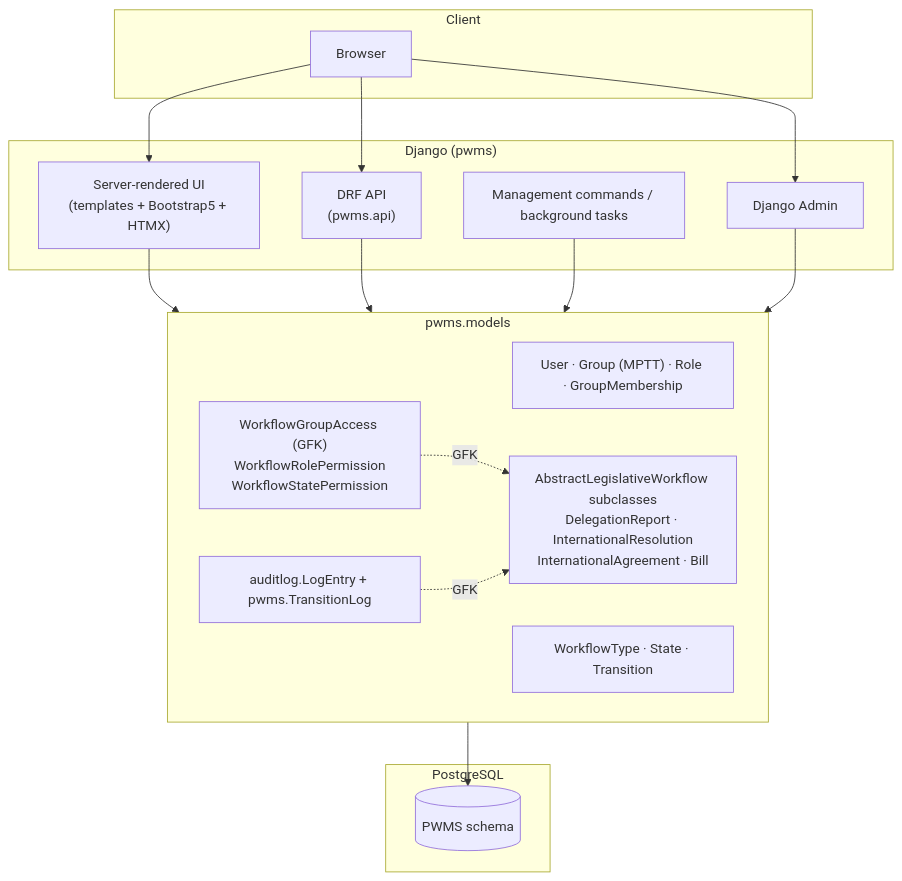
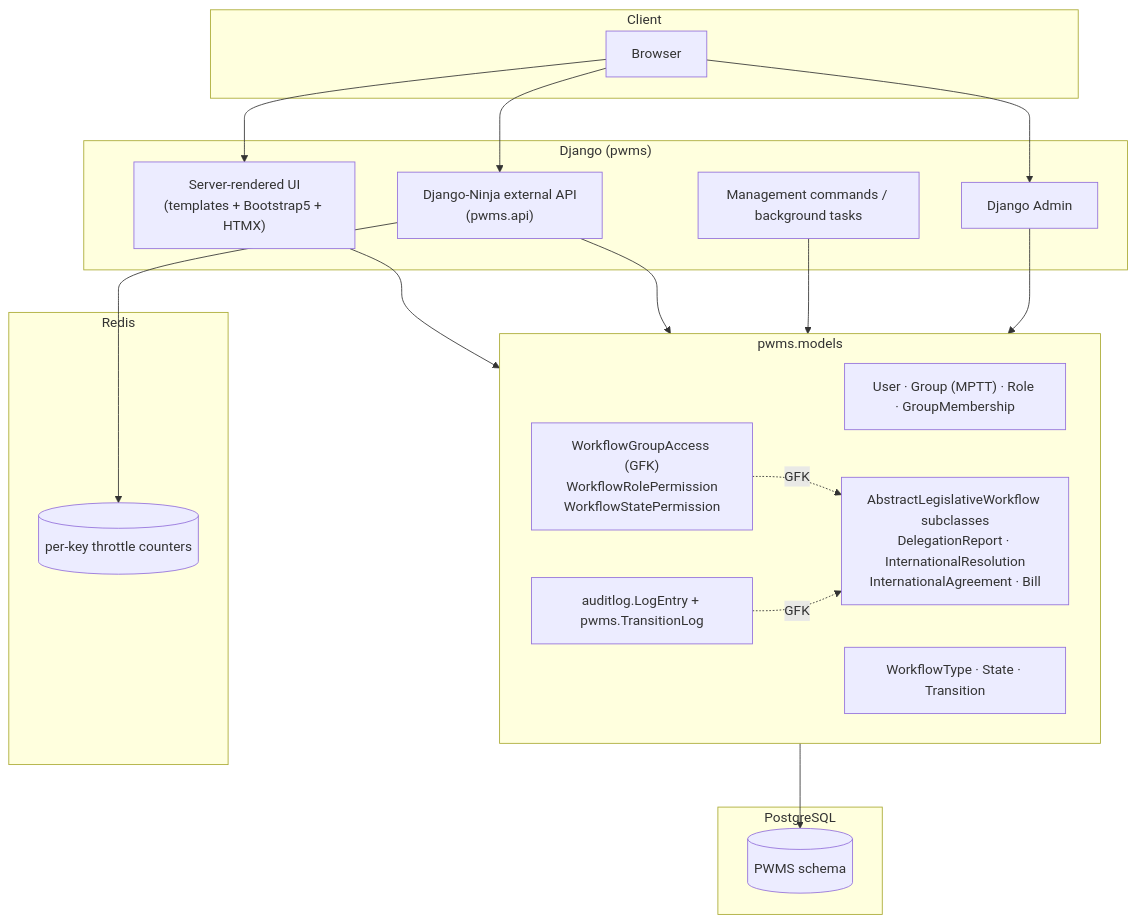
One commit to gelie/pwms_project changed the first of 4 diagrams in src/pwms/docs/System Design.md. Above: the diagram before and after it, drawn with Mermaid. The commit also changed other lines of this file and 47 other files, not shown here.

First line of the commit message:
Replace DRF API with scoped Django-Ninja partner API

````diff
--- a/src/pwms/docs/System Design.md
+++ b/src/pwms/docs/System Design.md
@@ -17,38 +17,43 @@
 ```mermaid
 flowchart TB
     subgraph Client
         Browser
     end
 
     subgraph Django["Django (pwms)"]
         Web["Server-rendered UI<br/>(templates + Bootstrap5 + HTMX)"]
         Admin["Django Admin"]
-        API["DRF API<br/>(pwms.api)"]
+        API["Django-Ninja external API<br/>(pwms.api)"]
         Commands["Management commands / background tasks"]
     end
 
     subgraph Core["pwms.models"]
         Identity["User · Group (MPTT) · Role · GroupMembership"]
         Engine["WorkflowType · State · Transition"]
         Instances["AbstractLegislativeWorkflow subclasses<br/>DelegationReport · InternationalResolution<br/>InternationalAgreement · Bill"]
         Rbac["WorkflowGroupAccess (GFK)<br/>WorkflowRolePermission<br/>WorkflowStatePermission"]
         AuditCore["auditlog.LogEntry + pwms.TransitionLog"]
     end
 
     subgraph Data["PostgreSQL"]
         DB[("PWMS schema")]
     end
 
+    subgraph Cache["Redis"]
+        Throttle[("per-key throttle counters")]
+    end
+
     Browser --> Web
     Browser --> API
     Browser --> Admin
 
     Web --> Core
     API --> Core
+    API --> Throttle
     Commands --> Core
     Admin --> Core
 
     Rbac -.GFK.-> Instances
     AuditCore -.GFK.-> Instances
     Core --> DB
 ```
````
